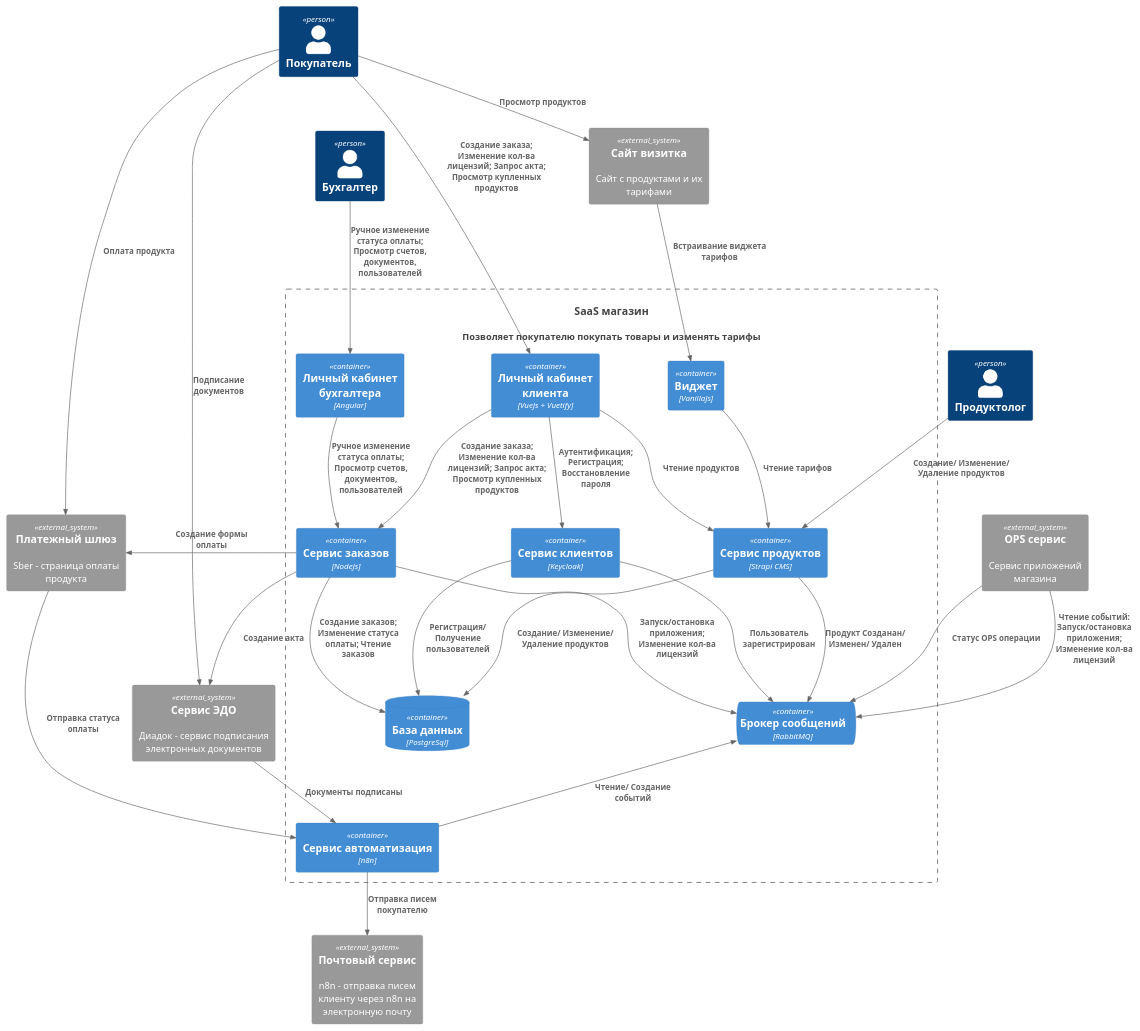
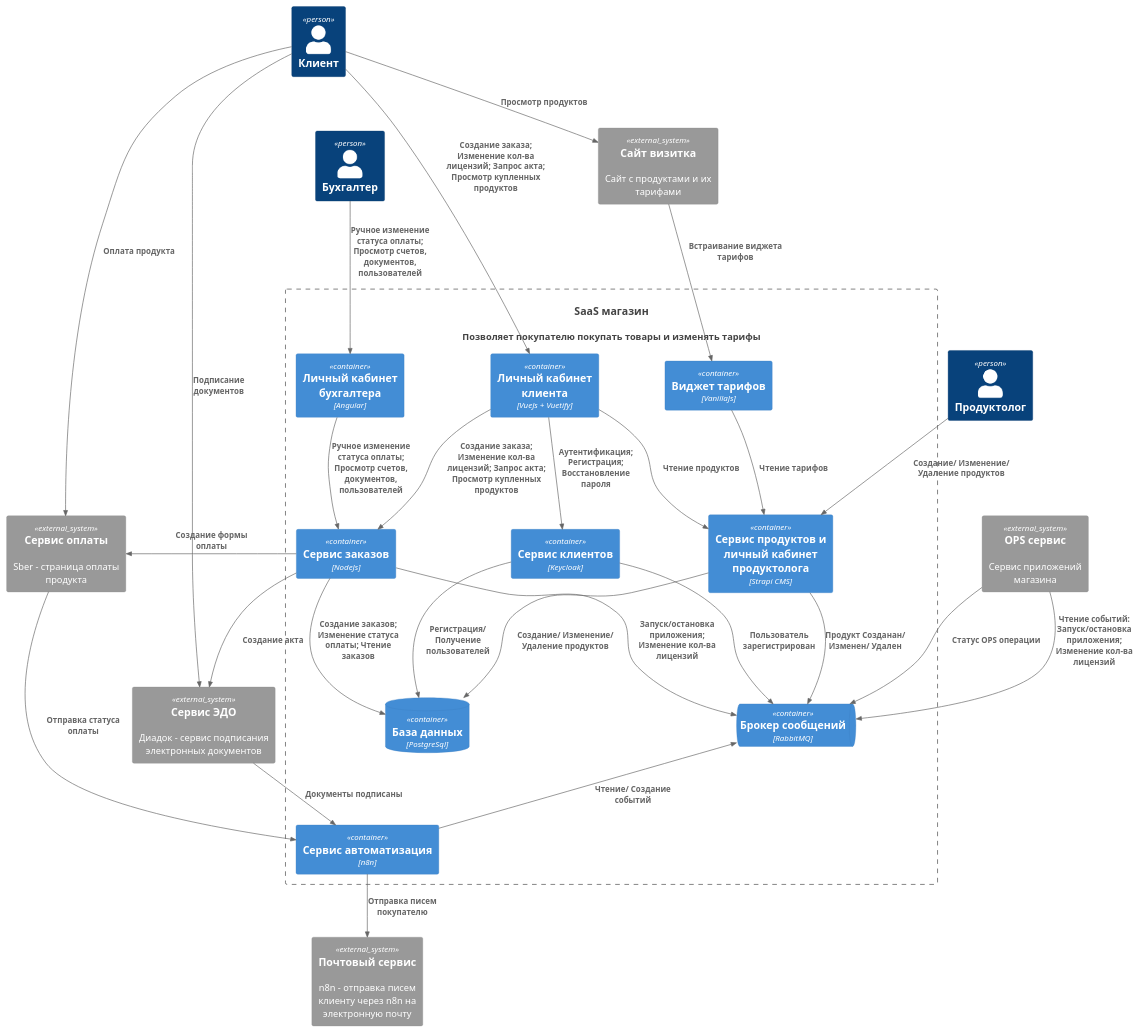
Before and after one commit to kelvionald/saas-shop: the diagram in docs/c4/2.container-v3.puml, drawn with PlantUML. The commit also changed 2 other files, not shown here.

```diff
--- a/docs/c4/2.container-v3.puml
+++ b/docs/c4/2.container-v3.puml
@@ -1,67 +1,67 @@
 @startuml
 !include https://raw.githubusercontent.com/plantuml-stdlib/C4-PlantUML/master/C4_Container.puml
 
-Person(user_customer, "Покупатель")
+Person(user_customer, "Клиент")
 Person(user_accountant, "Бухгалтер")
 Person(user_programmer, "Продуктолог")
 
 System(system_shop, "SaaS магазин", "Позволяет покупателю покупать товары и изменять тарифы")
 
 System_Ext(system_email, "Почтовый сервис", "n8n - отправка писем клиенту через n8n на электронную почту")
-System_Ext(system_bank, "Платежный шлюз", "Sber - страница оплаты продукта")
+System_Ext(system_bank, "Сервис оплаты", "Sber - страница оплаты продукта")
 System_Ext(system_docs, "Сервис ЭДО", "Диадок - сервис подписания электронных документов")
 System_Ext(system_ops, "OPS сервис", "Сервис приложений магазина")
 System_Ext(system_site, "Сайт визитка", "Сайт с продуктами и их тарифами")
 
 System_Boundary(system_shop, "SaaS магазин") {
     ContainerQueue(system_queue, "Брокер сообщений", "RabbitMQ")
     Container(system_flow, "Сервис автоматизация", "n8n")
 
-    Container(system_admin, "Сервис продуктов", "Strapi CMS")
+    Container(system_admin, "Сервис продуктов и личный кабинет продуктолога", "Strapi CMS")
     Container(system_sign, "Сервис клиентов", "Keycloak")
     Container(system_billing, "Сервис заказов", "NodeJs")
     
     Container(system_account_front, "Личный кабинет\n клиента", "VueJs + Vuetify")
-    Container(container_widget, "Виджет", "VanillaJs")
+    Container(container_widget, "Виджет тарифов", "VanillaJs")
     Container(container_accountant_admin, "Личный кабинет бухгалтера", "Angular")
     
     ContainerDb(container_db, "База данных", "PostgreSql")
 }
 
 Rel(system_site, container_widget, "Встраивание виджета тарифов")
 Rel(container_widget, system_admin, "Чтение тарифов")
 
 Rel(user_accountant, container_accountant_admin, "Ручное изменение статуса оплаты; Просмотр счетов, документов, пользователей")
 Rel(container_accountant_admin, system_billing, "Ручное изменение статуса оплаты; Просмотр счетов, документов, пользователей")
 
 Rel(user_programmer, system_admin, "Создание/ Изменение/ Удаление продуктов")
 
 Rel(system_admin, container_db, "Создание/ Изменение/ Удаление продуктов")
 Rel(system_sign, container_db, "Регистрация/ Получение пользователей")
 Rel(system_billing, container_db, "Создание заказов; Изменение статуса оплаты; Чтение заказов")
 
 Rel(system_account_front, system_admin, "Чтение продуктов")
 Rel(system_account_front, system_billing, "Создание заказа; Изменение кол-ва лицензий; Запрос акта; Просмотр купленных продуктов")
 Rel(user_customer, system_account_front, "Создание заказа; Изменение кол-ва лицензий; Запрос акта; Просмотр купленных продуктов")
 Rel(user_customer, system_site, "Просмотр продуктов")
 Rel(system_account_front, system_sign, "Аутентификация; Регистрация; Восстановление пароля")
 
 Rel(user_customer, system_bank, "Оплата продукта")
 Rel(user_customer, system_docs, "Подписание документов")
 Rel_L(system_billing, system_bank, "Создание формы оплаты")
 Rel(system_bank, system_flow, "Отправка статуса оплаты")
 
 Rel(system_flow, system_email, "Отправка писем покупателю")
 
 Rel(system_billing, system_docs, "Создание акта")
 
 Rel_U(system_flow, system_queue, "Чтение/ Создание событий")
 Rel(system_admin, system_queue, "Продукт Созданан/ Изменен/ Удален")
 Rel(system_sign, system_queue, "Пользователь зарегистрирован")
 Rel(system_billing, system_queue, "Запуск/остановка приложения; Изменение кол-ва лицензий")
 Rel(system_ops, system_queue, "Статус OPS операции")
 Rel(system_ops, system_queue, "Чтение событий: Запуск/остановка приложения; Изменение кол-ва лицензий")
 
 Rel(system_docs, system_flow, "Документы подписаны")
 
 @enduml
```
